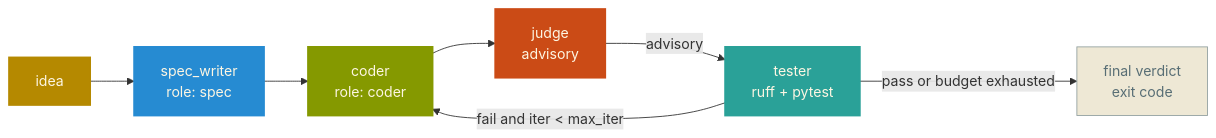
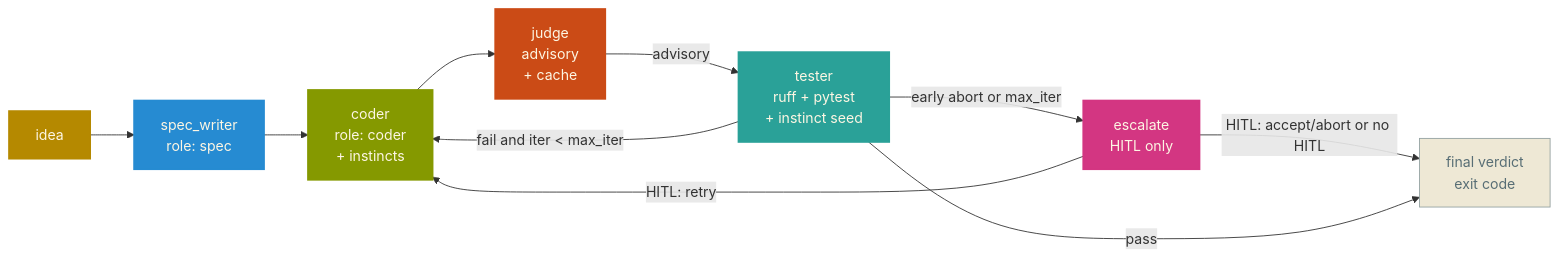
The diagram in README.md (sleepti3ht/CiLydian), drawn with Mermaid before and after one commit. The commit also changed other lines of this file, not shown here.

Commit message:
docs(readme): add eval-driven, instincts, HITL sections for v0.3.0

````diff
--- a/README.md
+++ b/README.md
@@ -86,24 +98,29 @@
 ```mermaid
 flowchart LR
     classDef solarizedBase3 fill:#fdf6e3,stroke:#93a1a1,color:#657b83,stroke-width:1px
     classDef solarizedBase02 fill:#eee8d5,stroke:#93a1a1,color:#586e75,stroke-width:1px
     classDef solarizedYellow fill:#b58900,stroke:#b58900,color:#fdf6e3,stroke-width:2px
     classDef solarizedOrange fill:#cb4b16,stroke:#cb4b16,color:#fdf6e3,stroke-width:2px
     classDef solarizedGreen fill:#859900,stroke:#859900,color:#fdf6e3,stroke-width:2px
     classDef solarizedBlue fill:#268bd2,stroke:#268bd2,color:#fdf6e3,stroke-width:2px
     classDef solarizedCyan fill:#2aa198,stroke:#2aa198,color:#fdf6e3,stroke-width:2px
+    classDef solarizedMagenta fill:#d33682,stroke:#d33682,color:#fdf6e3,stroke-width:2px
 
     A[idea]:::solarizedYellow
     S[spec_writer<br>role: spec]:::solarizedBlue
-    C[coder<br>role: coder]:::solarizedGreen
-    J[judge<br>advisory]:::solarizedOrange
-    T[tester<br>ruff + pytest]:::solarizedCyan
-    E[final verdict<br>exit code]:::solarizedBase02
+    C[coder<br>role: coder<br>+ instincts]:::solarizedGreen
+    J[judge<br>advisory<br>+ cache]:::solarizedOrange
+    T[tester<br>ruff + pytest<br>+ instinct seed]:::solarizedCyan
+    E[escalate<br>HITL only]:::solarizedMagenta
+    F[final verdict<br>exit code]:::solarizedBase02
 
     A --> S
     S --> C
     C --> J
     J -->|advisory| T
     T -->|fail and iter < max_iter| C
-    T -->|pass or budget exhausted| E
+    T -->|early abort or max_iter| E
+    E -->|HITL: retry| C
+    E -->|HITL: accept/abort or no HITL| F
+    T -->|pass| F
 ```
````
